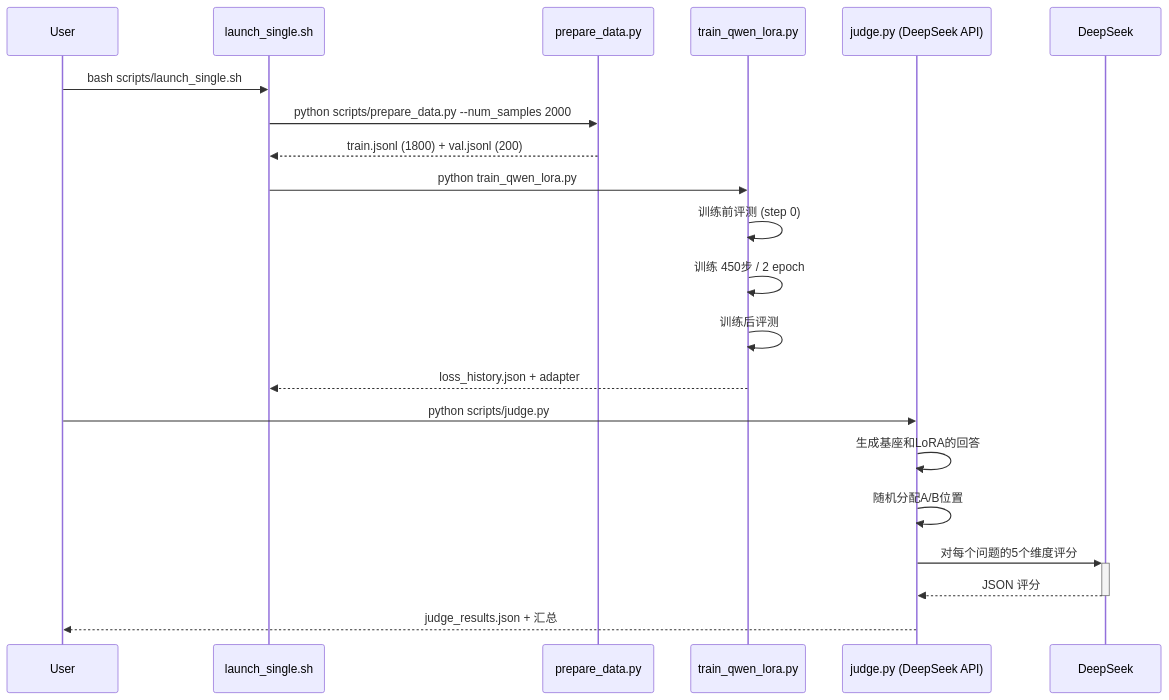
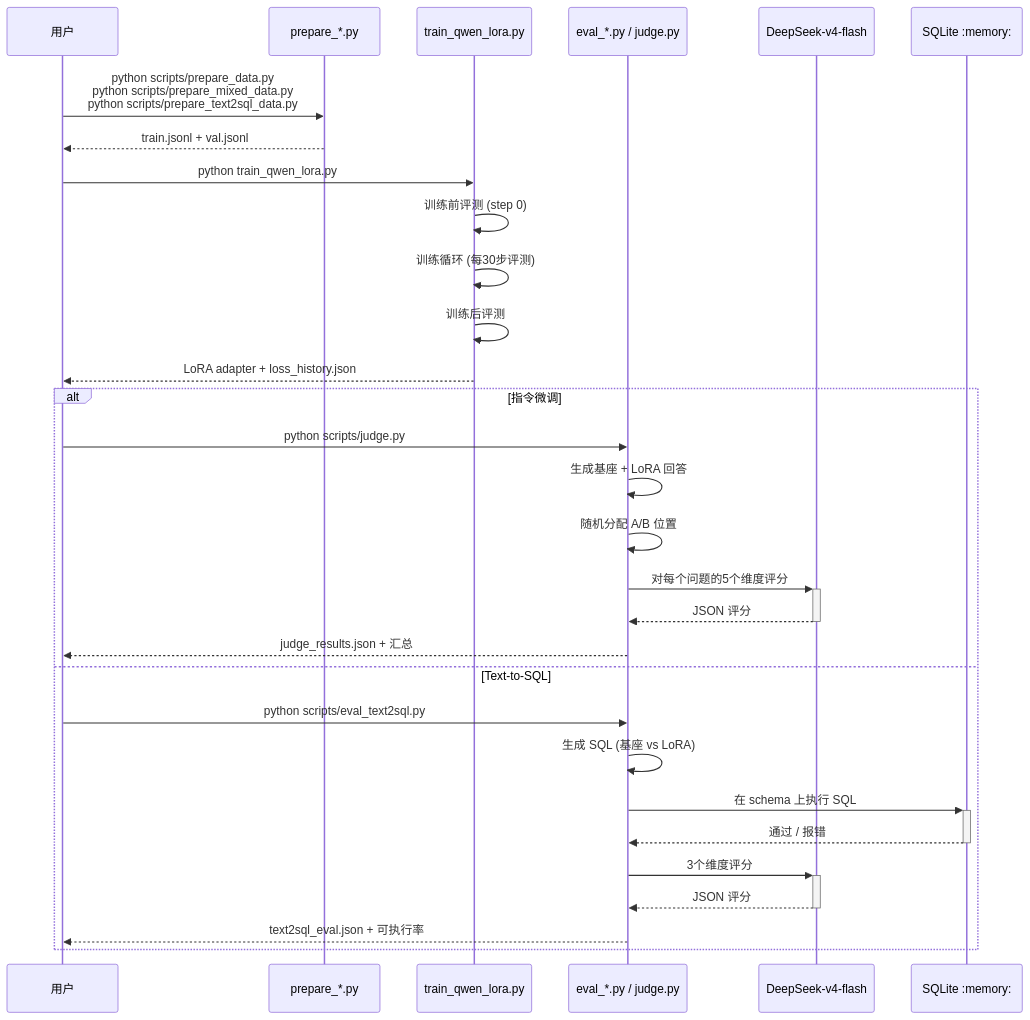
One commit to QingGo/qwen-lora-project changed the second of 4 diagrams in README_CN.md. Above: the diagram before and after it, drawn with Mermaid. The commit also changed other lines of this file and 1 other file, not shown here.

First line of the commit message:
docs: comprehensive README update with all experiments and Text2SQL

````diff
--- a/README_CN.md
+++ b/README_CN.md
@@ -38,23 +42,35 @@
 ```mermaid
 sequenceDiagram
-    participant User
-    participant Script as launch_single.sh
-    participant Prep as prepare_data.py
+    participant User as 用户
+    participant Prep as prepare_*.py
     participant Train as train_qwen_lora.py
-    participant Judge as judge.py (DeepSeek API)
+    participant Eval as eval_*.py / judge.py
+    participant Judge as DeepSeek-v4-flash
+    participant SQLite as SQLite :memory:
 
-    User->>Script: bash scripts/launch_single.sh
-    Script->>Prep: python scripts/prepare_data.py --num_samples 2000
-    Prep-->>Script: train.jsonl (1800) + val.jsonl (200)
-    Script->>Train: python train_qwen_lora.py
+    User->>Prep: python scripts/prepare_data.py<br/>python scripts/prepare_mixed_data.py<br/>python scripts/prepare_text2sql_data.py
+    Prep-->>User: train.jsonl + val.jsonl
+
+    User->>Train: python train_qwen_lora.py
     Train->>Train: 训练前评测 (step 0)
-    Train->>Train: 训练 450步 / 2 epoch
+    Train->>Train: 训练循环 (每30步评测)
     Train->>Train: 训练后评测
-    Train-->>Script: loss_history.json + adapter
-    User->>Judge: python scripts/judge.py
-    Judge->>Judge: 生成基座和LoRA的回答
-    Judge->>Judge: 随机分配A/B位置
-    Judge->>+DeepSeek: 对每个问题的5个维度评分
-    DeepSeek-->>-Judge: JSON 评分
-    Judge-->>User: judge_results.json + 汇总
+    Train-->>User: LoRA adapter + loss_history.json
+
+    alt 指令微调
+        User->>Eval: python scripts/judge.py
+        Eval->>Eval: 生成基座 + LoRA 回答
+        Eval->>Eval: 随机分配 A/B 位置
+        Eval->>+Judge: 对每个问题的5个维度评分
+        Judge-->>-Eval: JSON 评分
+        Eval-->>User: judge_results.json + 汇总
+    else Text-to-SQL
+        User->>Eval: python scripts/eval_text2sql.py
+        Eval->>Eval: 生成 SQL (基座 vs LoRA)
+        Eval->>+SQLite: 在 schema 上执行 SQL
+        SQLite-->>-Eval: 通过 / 报错
+        Eval->>+Judge: 3个维度评分
+        Judge-->>-Eval: JSON 评分
+        Eval-->>User: text2sql_eval.json + 可执行率
+    end
 ```
````
